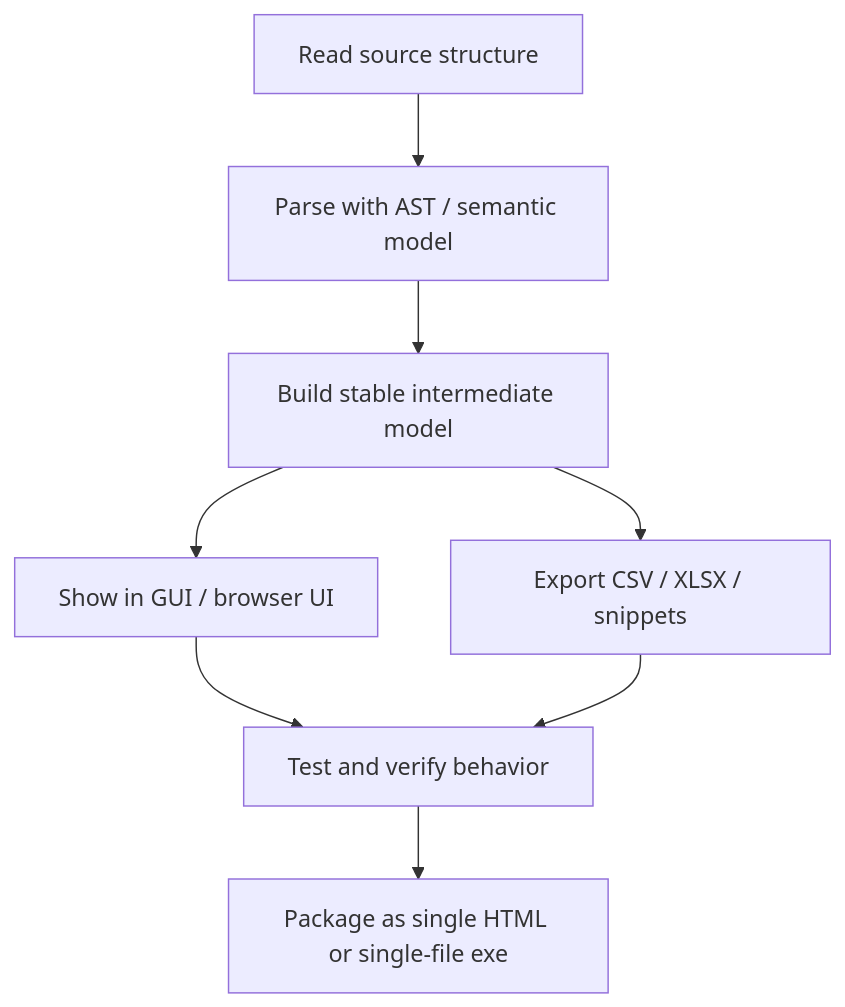
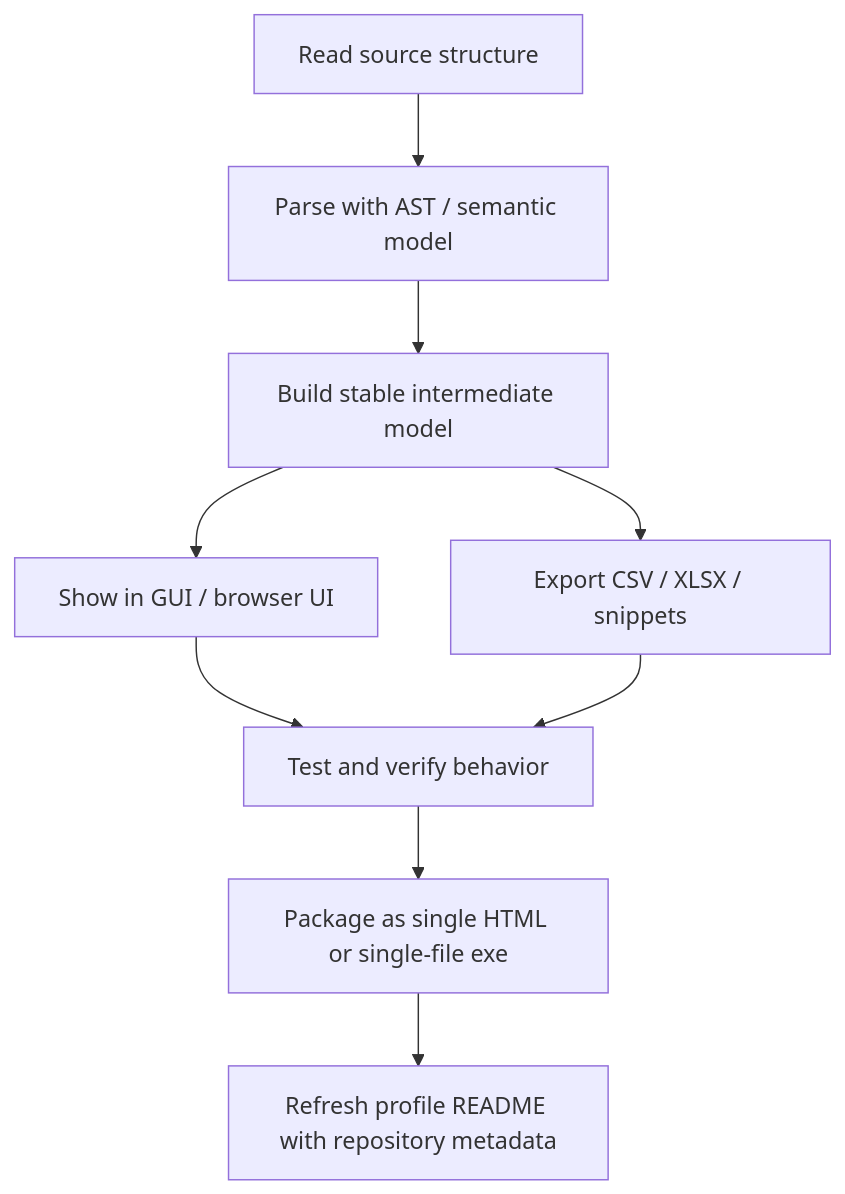
Before and after one commit to SSsan-00/SSsan-00: the fourth of 4 diagrams in README.md, drawn with Mermaid. The commit also changed other lines of this file and 2 other files, not shown here.

Commit message:
chore: automate profile README updates

````diff
--- a/README.md
+++ b/README.md
@@ -115,10 +123,11 @@
 ```mermaid
 flowchart TD
   read["Read source structure"] --> parse["Parse with AST / semantic model"]
   parse --> model["Build stable intermediate model"]
   model --> ui["Show in GUI / browser UI"]
   model --> export["Export CSV / XLSX / snippets"]
   ui --> verify["Test and verify behavior"]
   export --> verify
   verify --> package["Package as single HTML or single-file exe"]
+  package --> automate["Refresh profile README with repository metadata"]
 ```
````
